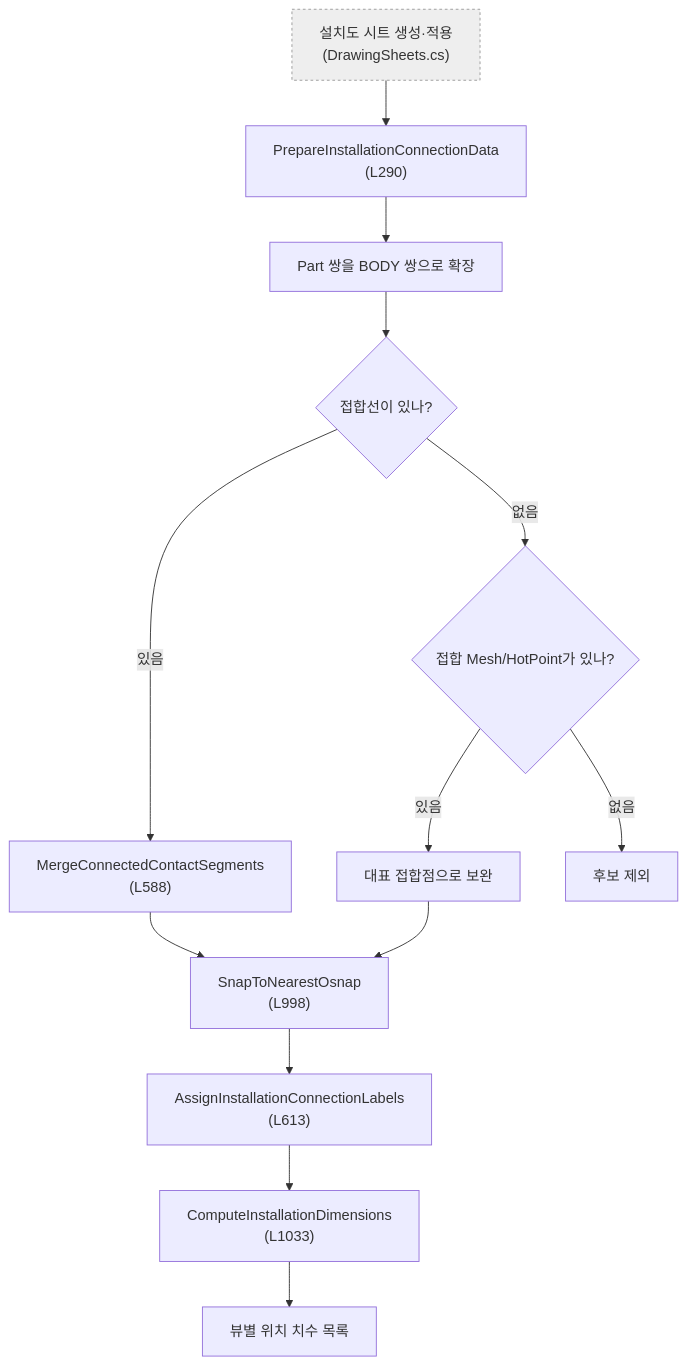
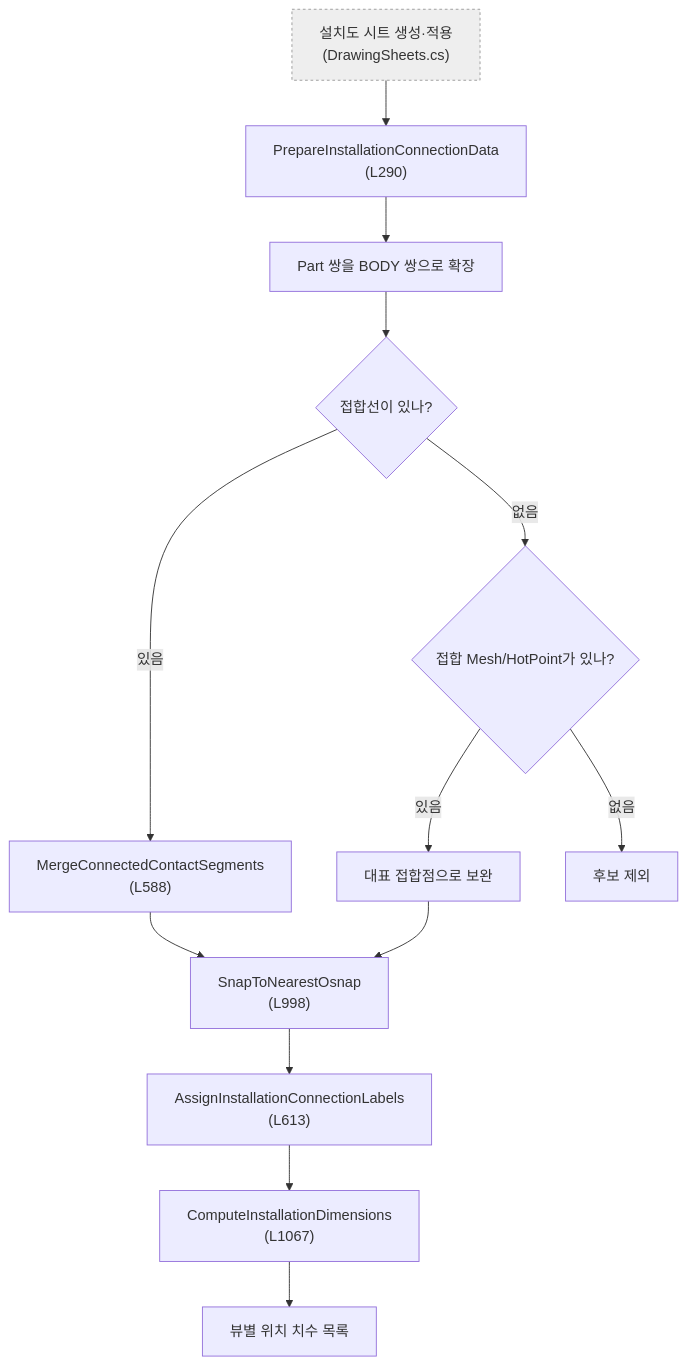
One commit to uuuuj/a2z changed the second of 2 diagrams in docs/코드분석/파일별/Form1.GlobalViews.md. Above: the diagram before and after it, drawn with Mermaid. The commit also changed other lines of this file and 13 other files, not shown here.

````diff
--- a/docs/코드분석/파일별/Form1.GlobalViews.md
+++ b/docs/코드분석/파일별/Form1.GlobalViews.md
@@ -54,16 +54,16 @@
 ```mermaid
 flowchart TD
     A["설치도 시트 생성·적용<br/>(DrawingSheets.cs)"]:::other --> B["PrepareInstallationConnectionData<br/>(L290)"]
     B --> C["Part 쌍을 BODY 쌍으로 확장"]
     C --> D{"접합선이 있나?"}
     D -- 있음 --> E["MergeConnectedContactSegments<br/>(L588)"]
     D -- 없음 --> F{"접합 Mesh/HotPoint가 있나?"}
     F -- 있음 --> G["대표 접합점으로 보완"]
     F -- 없음 --> H["후보 제외"]
     E --> I["SnapToNearestOsnap<br/>(L998)"]
     G --> I
     I --> J["AssignInstallationConnectionLabels<br/>(L613)"]
-    J --> K["ComputeInstallationDimensions<br/>(L1033)"]
+    J --> K["ComputeInstallationDimensions<br/>(L1067)"]
     K --> L["뷰별 위치 치수 목록"]
     classDef other fill:#eee,stroke:#999,stroke-dasharray:3
 ```
````
